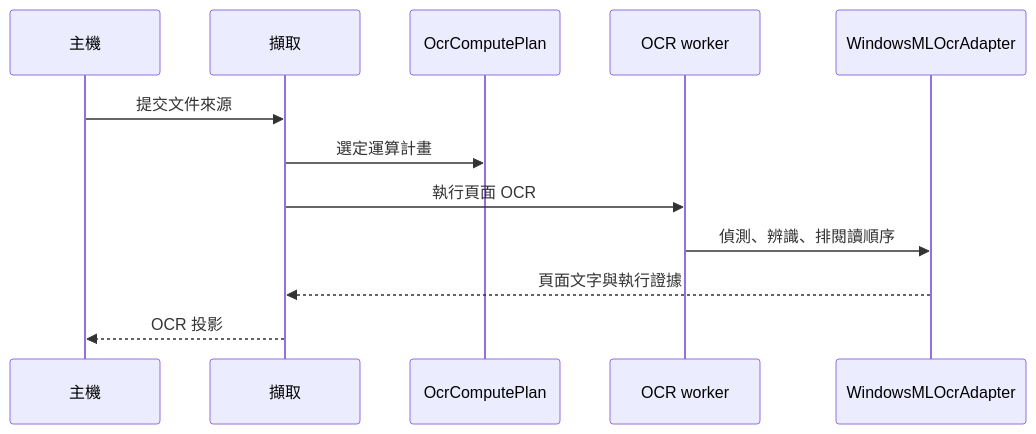
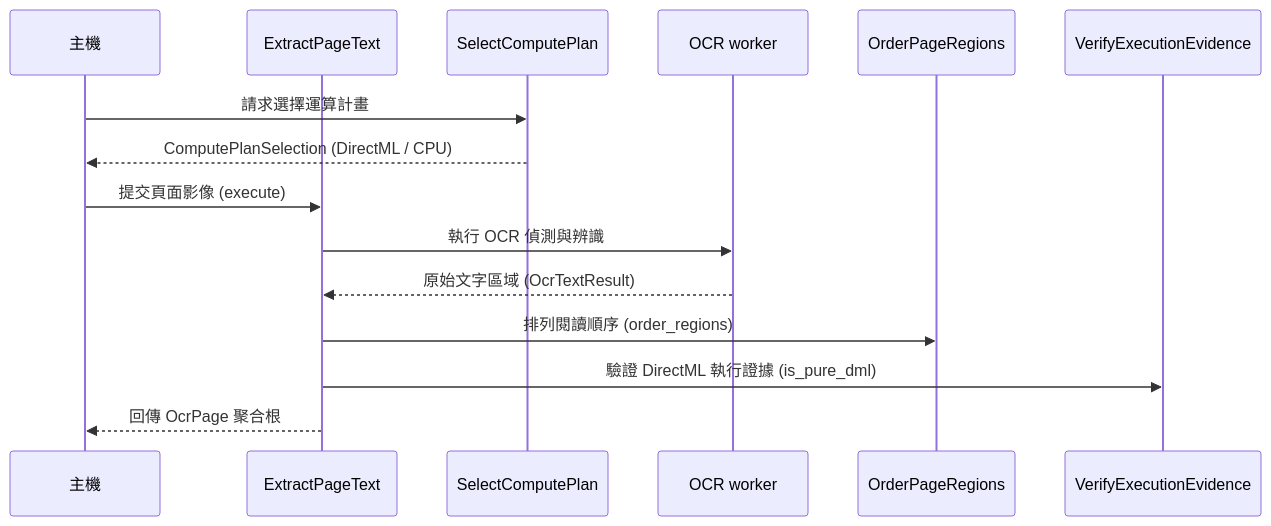
The second of 2 diagrams in docs/domain/ocr.md (gx-capture/capture-workbench), drawn with Mermaid before and after one commit. The commit also changed other lines of this file and 17 other files, not shown here.

````diff
--- a/docs/domain/ocr.md
+++ b/docs/domain/ocr.md
@@ -25,14 +97,17 @@
 ```mermaid
 sequenceDiagram
   participant Host as 主機
-  participant Capture as 擷取
-  participant Plan as OcrComputePlan
+  participant App as ExtractPageText
+  participant Plan as SelectComputePlan
   participant Worker as OCR worker
-  participant Adapter as WindowsMLOcrAdapter
-  Host->>Capture: 提交文件來源
-  Capture->>Plan: 選定運算計畫
-  Capture->>Worker: 執行頁面 OCR
-  Worker->>Adapter: 偵測、辨識、排閱讀順序
-  Adapter-->>Capture: 頁面文字與執行證據
-  Capture-->>Host: OCR 投影
+  participant Order as OrderPageRegions
+  participant Evidence as VerifyExecutionEvidence
+  Host->>Plan: 請求選擇運算計畫
+  Plan-->>Host: ComputePlanSelection (DirectML / CPU)
+  Host->>App: 提交頁面影像 (execute)
+  App->>Worker: 執行 OCR 偵測與辨識
+  Worker-->>App: 原始文字區域 (OcrTextResult)
+  App->>Order: 排列閱讀順序 (order_regions)
+  App->>Evidence: 驗證 DirectML 執行證據 (is_pure_dml)
+  App-->>Host: 回傳 OcrPage 聚合根
 ```
````
